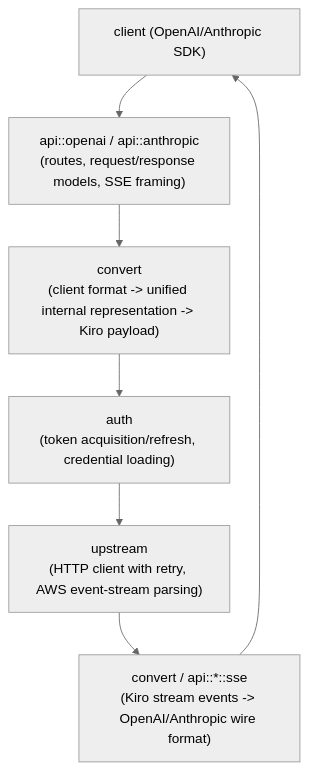
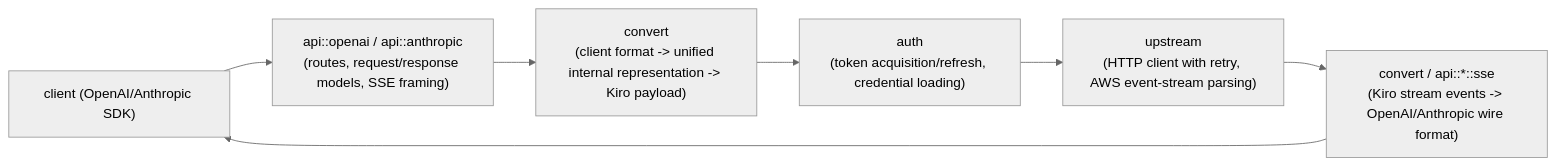
One commit to dennis0700/Lanius changed the diagram in README.md. Above: the diagram before and after it, drawn with Mermaid (neutral theme). The commit also changed 7 other files, not shown here.

````diff
--- a/README.md
+++ b/README.md
@@ -23,16 +23,16 @@
 ```mermaid
-flowchart TD
+flowchart LR
     client["client (OpenAI/Anthropic SDK)"]
     api["api::openai / api::anthropic<br/>(routes, request/response models, SSE framing)"]
     convert["convert<br/>(client format -&gt; unified internal representation -&gt; Kiro payload)"]
     auth["auth<br/>(token acquisition/refresh, credential loading)"]
     upstream["upstream<br/>(HTTP client with retry, AWS event-stream parsing)"]
     sse["convert / api::*::sse<br/>(Kiro stream events -&gt; OpenAI/Anthropic wire format)"]
 
     client --> api
     api --> convert
     convert --> auth
     auth --> upstream
     upstream --> sse
     sse --> client
 ```
````
